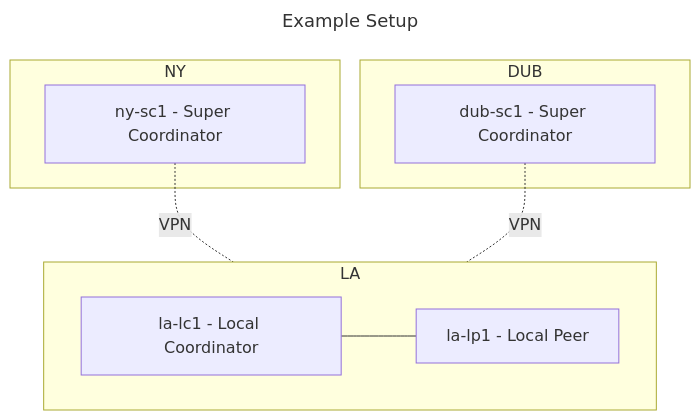
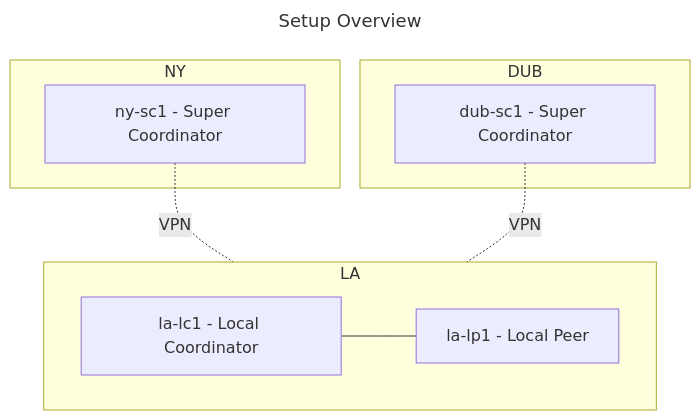
The first of 2 diagrams in examples/playbooks/system-roles/IMI/README.md (ZPESystems/Ansible), drawn with Mermaid before and after one commit. The commit also changed other lines of this file, not shown here.

Commit message:
Added detailed Setup Diagram

````diff
--- a/examples/playbooks/system-roles/IMI/README.md
+++ b/examples/playbooks/system-roles/IMI/README.md
@@ -6,26 +6,26 @@
 ```mermaid
 ---
-title: Example Setup
+title: Setup Overview
 ---
 flowchart
  id1["ny-sc1 - Super Coordinator"]
  id2["dub-sc1 - Super Coordinator"]
  id3["la-lc1 - Local Coordinator"]
  id4["la-lp1 - Local Peer"]
 
  subgraph NY
  id1
  end
 
  subgraph DUB
  id2
  end
  
  subgraph LA
  direction LR
  id3 --- id4
  end
 
 id1 -.-|VPN| id3
 id2 -.-|VPN| id3
 ```
````
